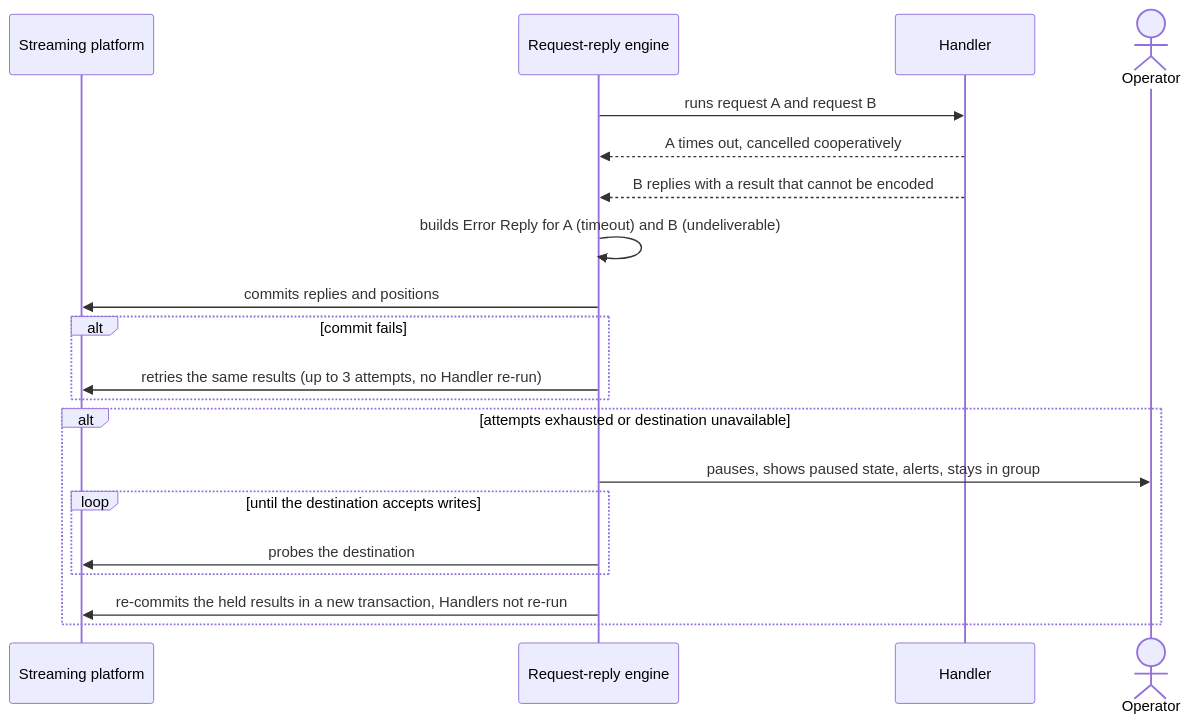
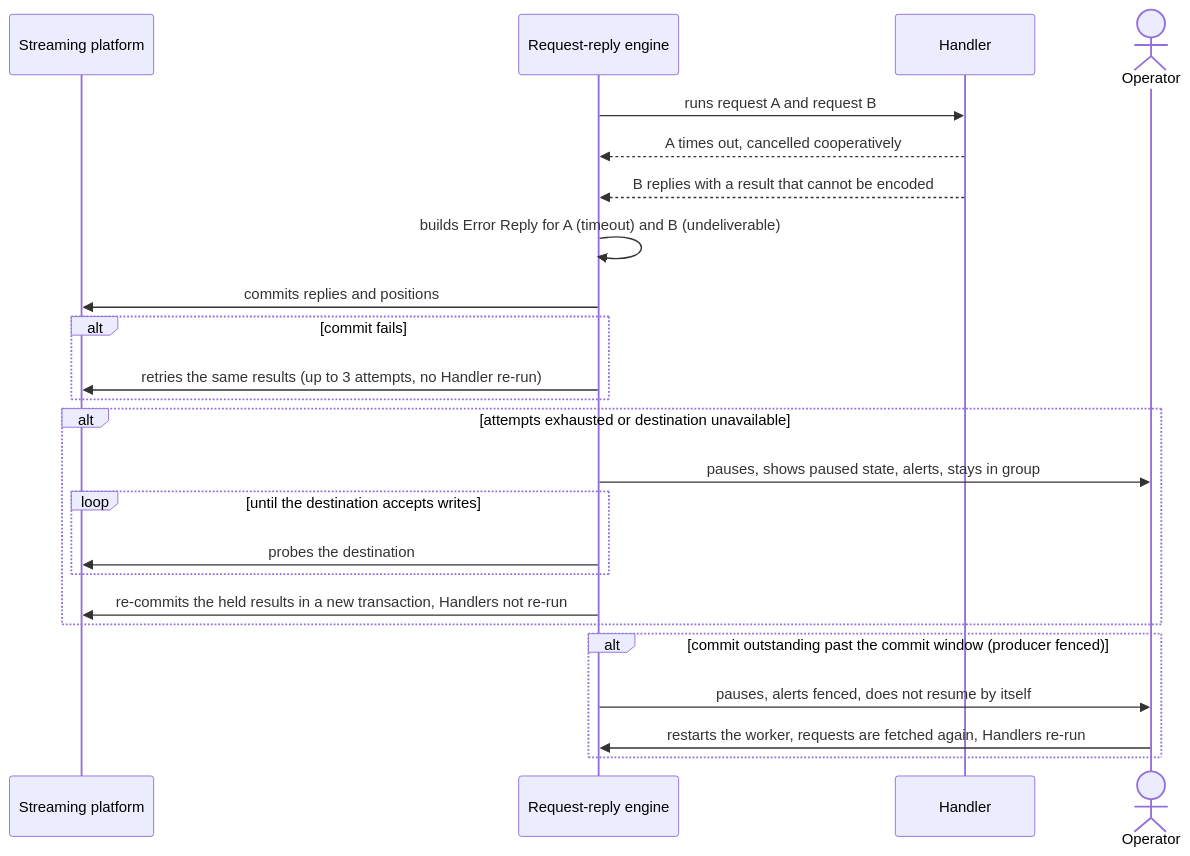
One commit to major13ua/kfk-processor changed the fourth of 10 diagrams in docs/features/kafka-request-reply/sad.md. Above: the diagram before and after it, drawn with Mermaid. The commit also changed 7 other files, not shown here.

````diff
--- a/docs/features/kafka-request-reply/sad.md
+++ b/docs/features/kafka-request-reply/sad.md
@@ -195,22 +195,26 @@
 ```mermaid
 sequenceDiagram
     participant Platform as Streaming platform
     participant Engine as Request-reply engine
     participant Handler
     actor Operator
     Engine->>Handler: runs request A and request B
     Handler-->>Engine: A times out, cancelled cooperatively
     Handler-->>Engine: B replies with a result that cannot be encoded
     Engine->>Engine: builds Error Reply for A (timeout) and B (undeliverable)
     Engine->>Platform: commits replies and positions
     alt commit fails
         Engine->>Platform: retries the same results (up to 3 attempts, no Handler re-run)
     end
     alt attempts exhausted or destination unavailable
         Engine->>Operator: pauses, shows paused state, alerts, stays in group
         loop until the destination accepts writes
             Engine->>Platform: probes the destination
         end
         Engine->>Platform: re-commits the held results in a new transaction, Handlers not re-run
     end
+    alt commit outstanding past the commit window (producer fenced)
+        Engine->>Operator: pauses, alerts fenced, does not resume by itself
+        Operator->>Engine: restarts the worker, requests are fetched again, Handlers re-run
+    end
 ```
````
